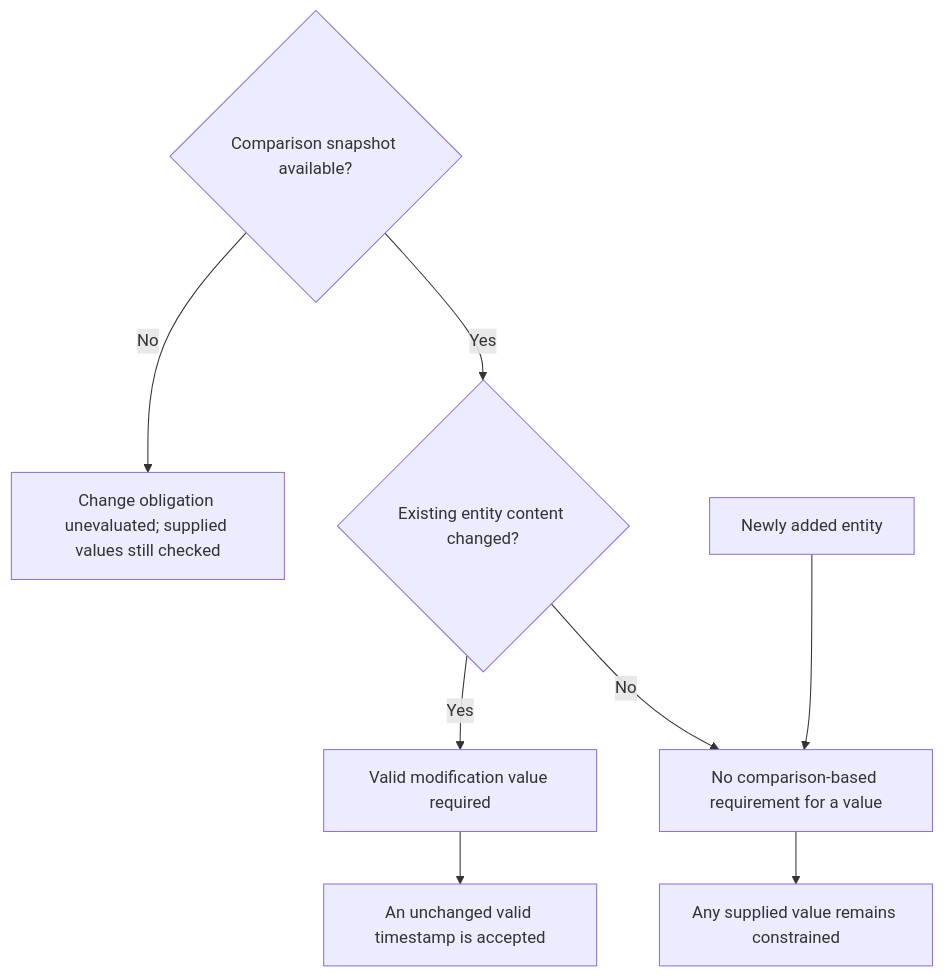
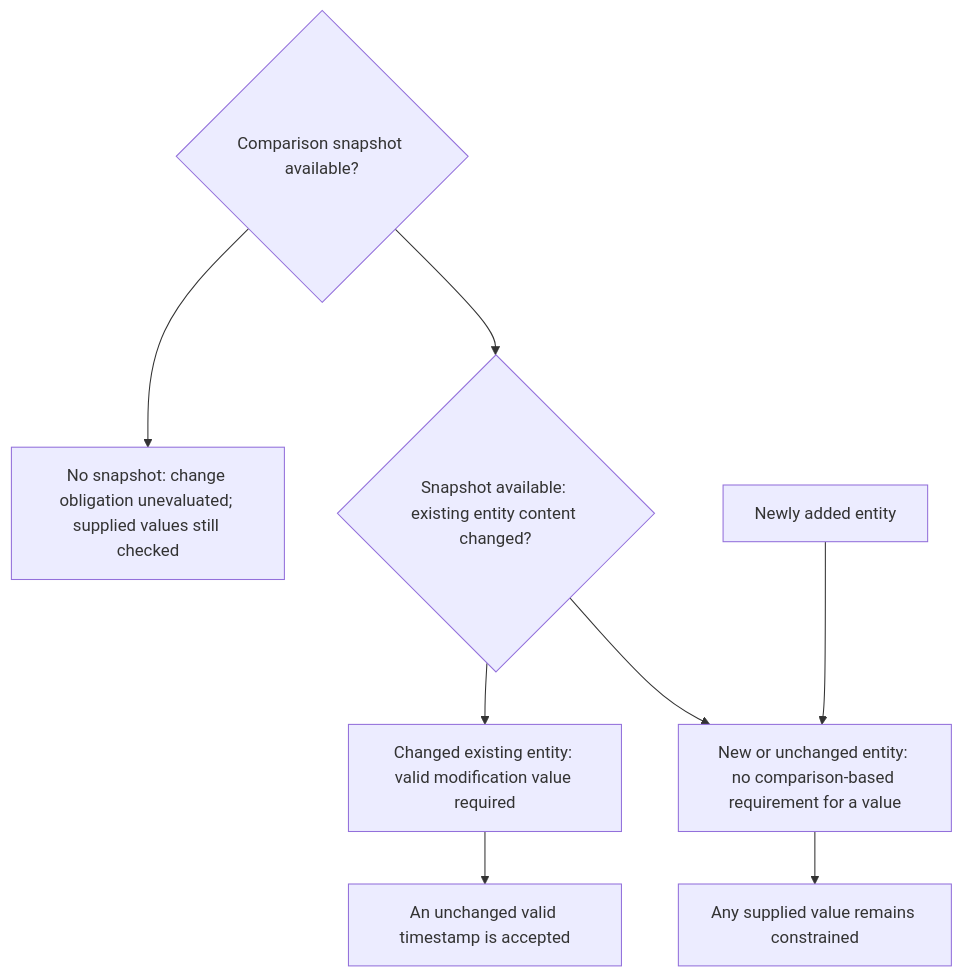
The diagram in docs/editing-policy/diagrams/modification-obligation.mmd (Hadden-Industries/universal-ontology), drawn with Mermaid before and after one commit. The commit also changed 22 other files, not shown here.

```diff
--- a/docs/editing-policy/diagrams/modification-obligation.mmd
+++ b/docs/editing-policy/diagrams/modification-obligation.mmd
@@ -1,8 +1,8 @@
 flowchart TD
-    comparison{"Comparison snapshot available?"} -->|No| unevaluated["Change obligation unevaluated; supplied values still checked"]
-    comparison -->|Yes| changed{"Existing entity content changed?"}
-    changed -->|Yes| required["Valid modification value required"]
-    changed -->|No| optional["No comparison-based requirement for a value"]
+    comparison{"Comparison snapshot available?"} --> unevaluated["No snapshot: change obligation unevaluated; supplied values still checked"]
+    comparison --> changed{"Snapshot available: existing entity content changed?"}
+    changed --> required["Changed existing entity: valid modification value required"]
+    changed --> optional["New or unchanged entity: no comparison-based requirement for a value"]
     required --> retained["An unchanged valid timestamp is accepted"]
     optional --> constrained["Any supplied value remains constrained"]
     new["Newly added entity"] --> optional
```
